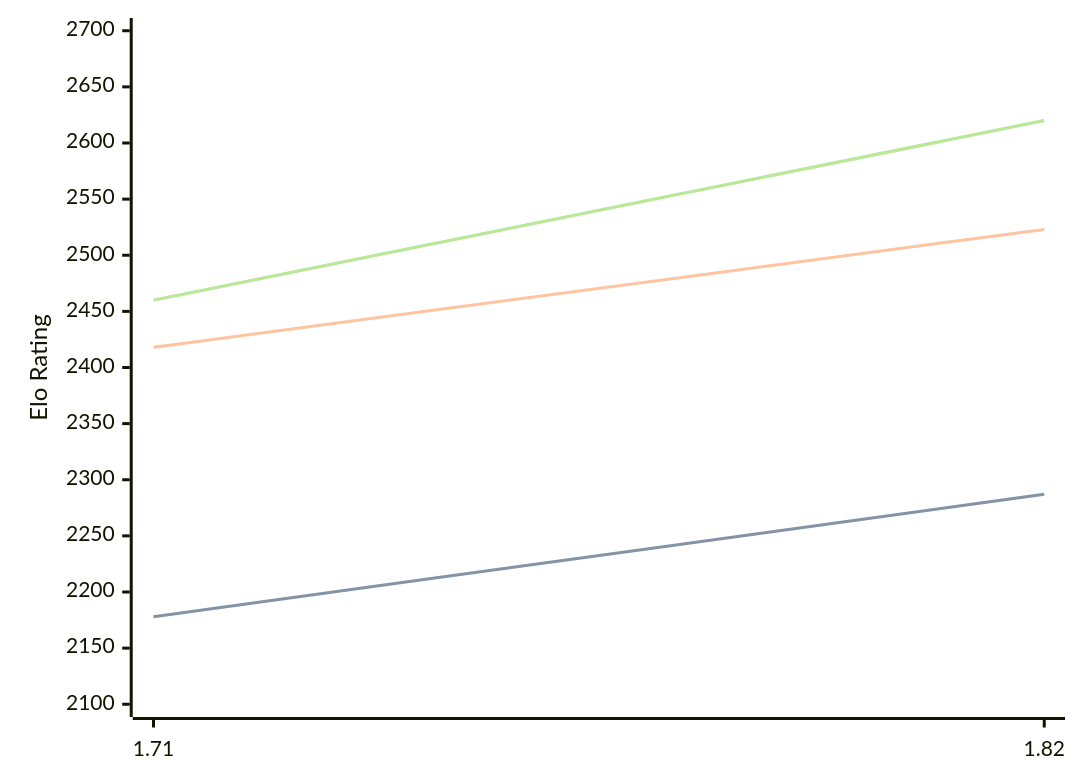
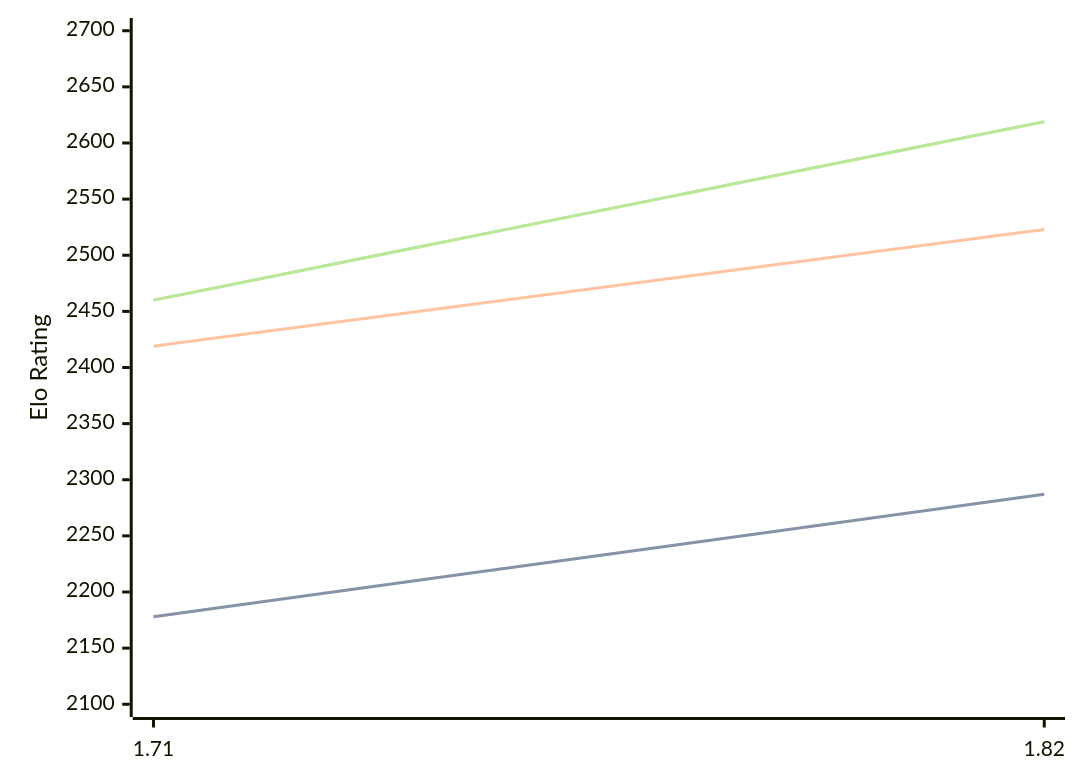
Before and after one commit to computer-chess-index/cci: the diagram in engines/Amira.md, drawn with Mermaid. The commit also changed other lines of this file, not shown here.

Commit message:
Update CCI Ratings (ELO VLTC) - 2026-07-30

````diff
--- a/engines/Amira.md
+++ b/engines/Amira.md
@@ -35,11 +35,11 @@
 ```mermaid
 %%{init: {"theme":"base","themeVariables":{"seriesColors:['#a3a3a3','#222221','#faa371']}}}%%
 xychart-beta
   x-axis ["1.71", "1.82"]
   y-axis "Elo Rating" 2100 --> 2700
   line "STC (8.0+0.08s)" [2178, 2287]
   line "STC (8.0+0.08s)" [2178, 2287]
-  line "LTC (60.0+0.60s)" [2418, 2523]
-  line "VLTC (2m24s+1.12s)" [2460, 2620]
-  line "VLTC (2m24s+1.12s)" [2460, 2620]
+  line "LTC (60.0+0.60s)" [2419, 2523]
+  line "VLTC (2m24s+1.12s)" [2460, 2619]
+  line "VLTC (2m24s+1.12s)" [2460, 2619]
 ```
````
